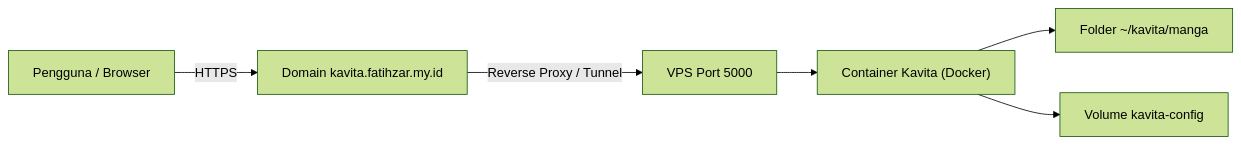
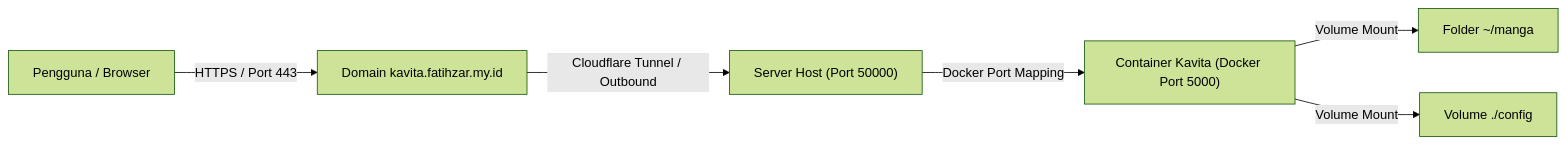
Before and after one commit to Wafiirbn/kavita-selfhosted: the diagram in README.md, drawn with Mermaid (forest theme). The commit also changed other lines of this file, not shown here.

````diff
--- a/README.md
+++ b/README.md
@@ -45,12 +47,9 @@
 ```mermaid
 flowchart LR
-    U["Pengguna / Browser"] -->|HTTPS| D["Domain kavita.fatihzar.my.id"]
-    D -->|Reverse Proxy / Tunnel| S["VPS Port 5000"]
-
-
-    S --> C["Container Kavita (Docker)"]
-    C --> F["Folder ~/kavita/manga"]
-    C --> V["Volume kavita-config"]
-
+    U["Pengguna / Browser"] -->|HTTPS / Port 443| D["Domain kavita.fatihzar.my.id"]
+    D -->|Cloudflare Tunnel / Outbound| S["Server Host (Port 50000)"]
+    S -->|Docker Port Mapping| C["Container Kavita (Docker Port 5000)"]
+    C -->|Volume Mount| F["Folder ~/manga"]
+    C -->|Volume Mount| V["Volume ./config"]
 
 ```
````
